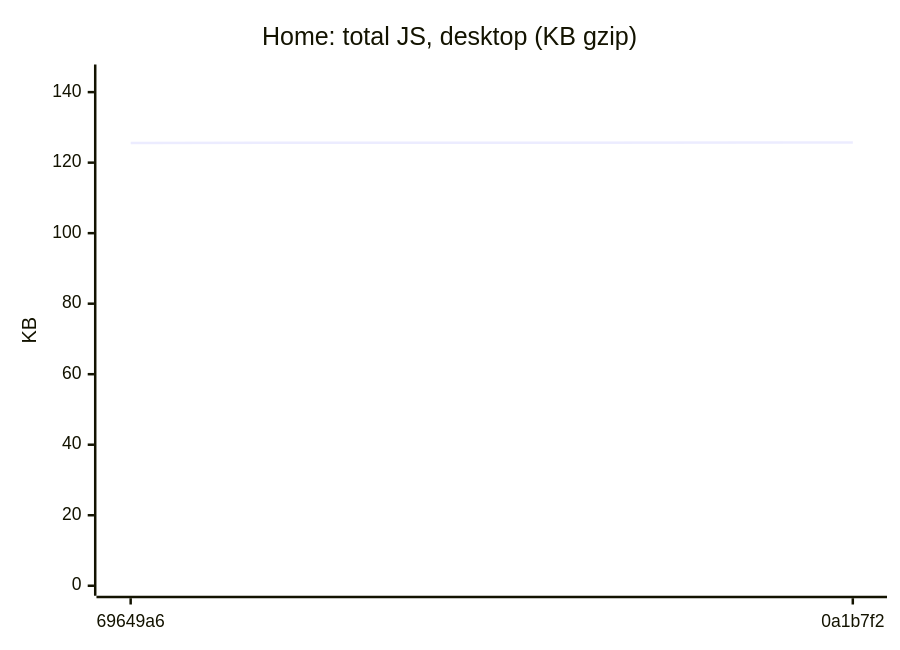
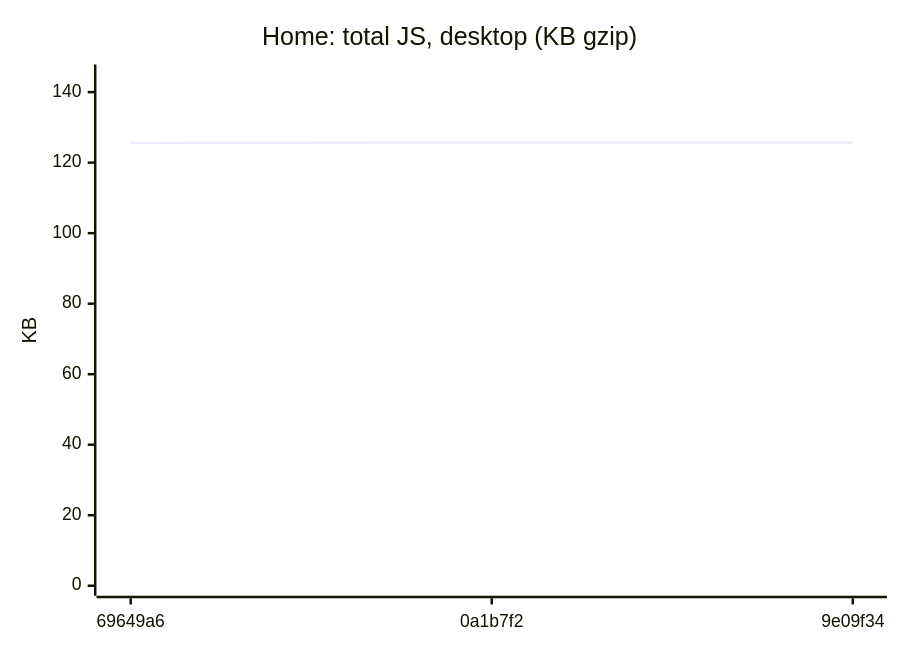
One commit to AxelUser/maltsev.space changed the first of 18 diagrams in README.md. Above: the diagram before and after it, drawn with Mermaid. The commit also changed other lines of this file and 1 other file, not shown here.

````diff
--- a/README.md
+++ b/README.md
@@ -35,7 +35,7 @@
 ```mermaid
 xychart-beta
   title "Home: total JS, desktop (KB gzip)"
-  x-axis ["69649a6", "0a1b7f2"]
+  x-axis ["69649a6", "0a1b7f2", "9e09f34"]
   y-axis "KB" 0 --> 145
-  line [125.6, 125.7]
+  line [125.6, 125.7, 125.7]
 ```
````
